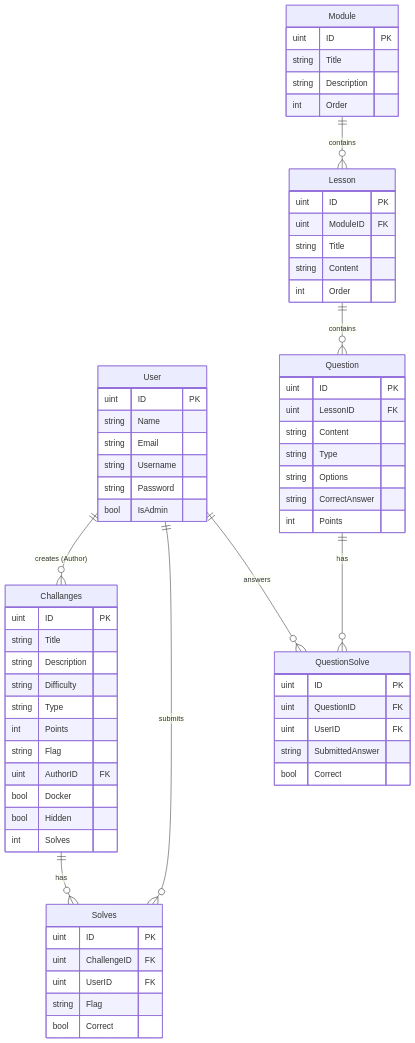
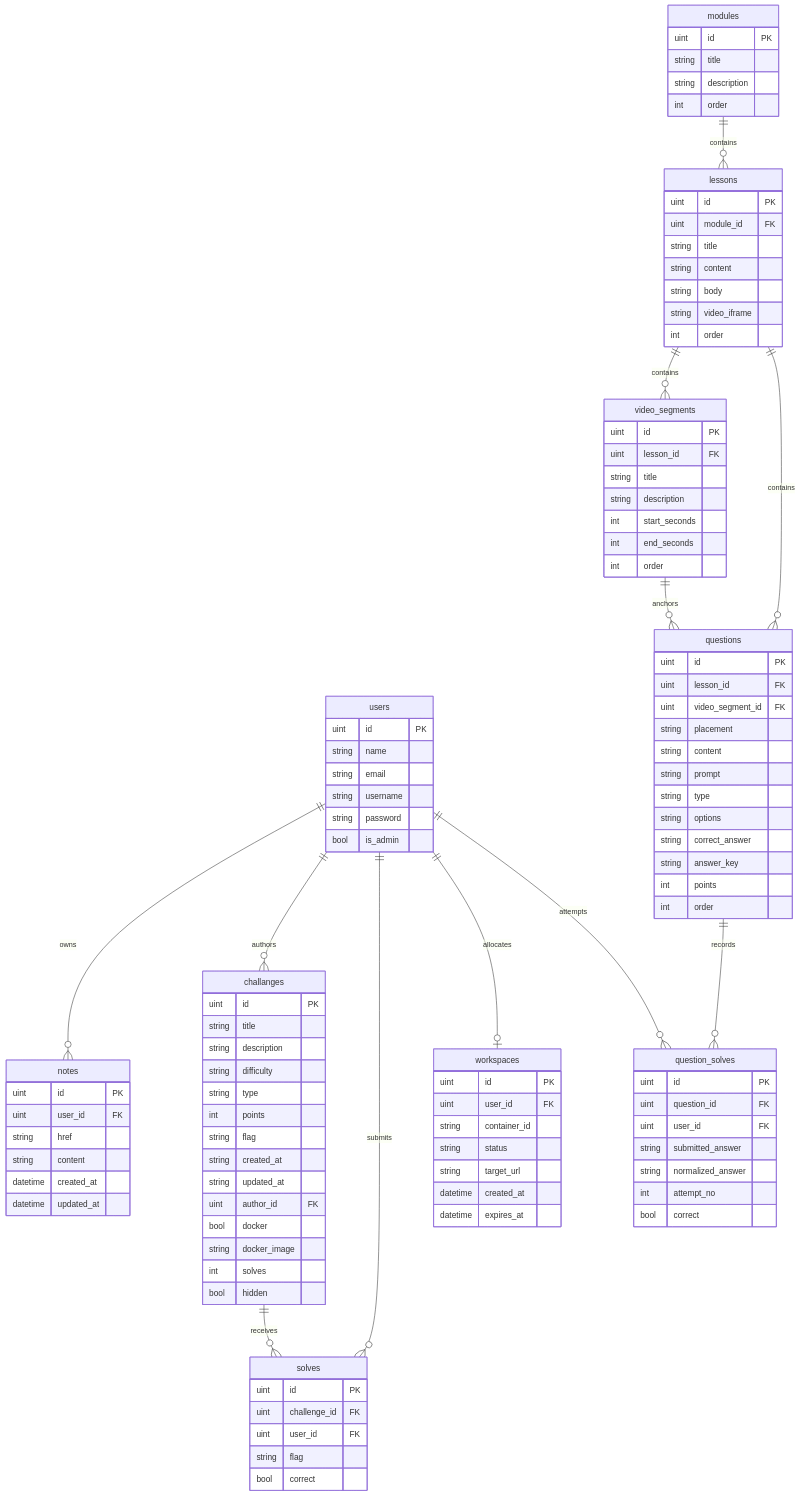
One commit to GDSC-Phenikaa/ctf-backend changed the diagram in docs/ERD.md. Above: the diagram before and after it, drawn with Mermaid. The commit also changed other lines of this file and 28 other files, not shown here.

````diff
--- a/docs/ERD.md
+++ b/docs/ERD.md
@@ -5,75 +6,120 @@
 ```mermaid
 erDiagram
-    User ||--o{ Challanges : "creates (Author)"
-    User ||--o{ Solves : "submits"
-    Challanges ||--o{ Solves : "has"
-    User ||--o{ QuestionSolve : "answers"
-    
-    Module ||--o{ Lesson : "contains"
-    Lesson ||--o{ Question : "contains"
-    Question ||--o{ QuestionSolve : "has"
+    users ||--o{ notes : owns
+    users ||--o{ challanges : authors
+    users ||--o{ solves : submits
+    challanges ||--o{ solves : receives
+    users ||--o| workspaces : allocates
 
-    User {
-        uint ID PK
-        string Name
-        string Email
-        string Username
-        string Password
-        bool IsAdmin
+    modules ||--o{ lessons : contains
+    lessons ||--o{ video_segments : contains
+    lessons ||--o{ questions : contains
+    video_segments ||--o{ questions : anchors
+    users ||--o{ question_solves : attempts
+    questions ||--o{ question_solves : records
+
+    users {
+        uint id PK
+        string name
+        string email
+        string username
+        string password
+        bool is_admin
     }
 
-    Challanges {
-        uint ID PK
-        string Title
-        string Description
-        string Difficulty
-        string Type
-        int Points
-        string Flag
-        uint AuthorID FK
-        bool Docker
-        bool Hidden
-        int Solves
+    notes {
+        uint id PK
+        uint user_id FK
+        string href
+        string content
+        datetime created_at
+        datetime updated_at
     }
 
-    Solves {
-        uint ID PK
-        uint ChallengeID FK
-        uint UserID FK
-        string Flag
-        bool Correct
+    challanges {
+        uint id PK
+        string title
+        string description
+        string difficulty
+        string type
+        int points
+        string flag
+        string created_at
+        string updated_at
+        uint author_id FK
+        bool docker
+        string docker_image
+        int solves
+        bool hidden
     }
 
-    Module {
-        uint ID PK
-        string Title
-        string Description
-        int Order
+    solves {
+        uint id PK
+        uint challenge_id FK
+        uint user_id FK
+        string flag
+        bool correct
     }
 
-    Lesson {
-        uint ID PK
-        uint ModuleID FK
-        string Title
-        string Content
-        int Order
+    workspaces {
+        uint id PK
+        uint user_id FK
+        string container_id
+        string status
+        string target_url
+        datetime created_at
+        datetime expires_at
     }
 
-    Question {
-        uint ID PK
-        uint LessonID FK
-        string Content
-        string Type
-        string Options
-        string CorrectAnswer
-        int Points
+    modules {
+        uint id PK
+        string title
+        string description
+        int order
     }
 
-    QuestionSolve {
-        uint ID PK
-        uint QuestionID FK
-        uint UserID FK
-        string SubmittedAnswer
-        bool Correct
+    lessons {
+        uint id PK
+        uint module_id FK
+        string title
+        string content
+        string body
+        string video_iframe
+        int order
+    }
+
+    video_segments {
+        uint id PK
+        uint lesson_id FK
+        string title
+        string description
+        int start_seconds
+        int end_seconds
+        int order
+    }
+
+    questions {
+        uint id PK
+        uint lesson_id FK
+        uint video_segment_id FK
+        string placement
+        string content
+        string prompt
+        string type
+        string options
+        string correct_answer
+        string answer_key
+        int points
+        int order
+    }
+
+    question_solves {
+        uint id PK
+        uint question_id FK
+        uint user_id FK
+        string submitted_answer
+        string normalized_answer
+        int attempt_no
+        bool correct
     }
 ```
````
